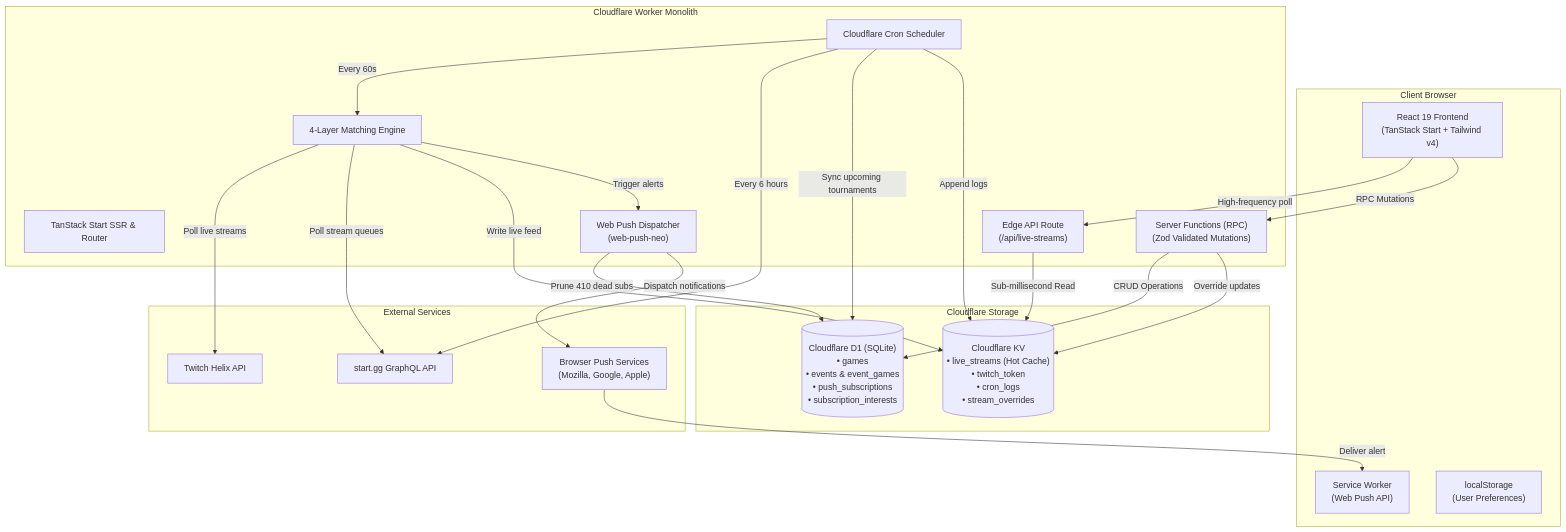
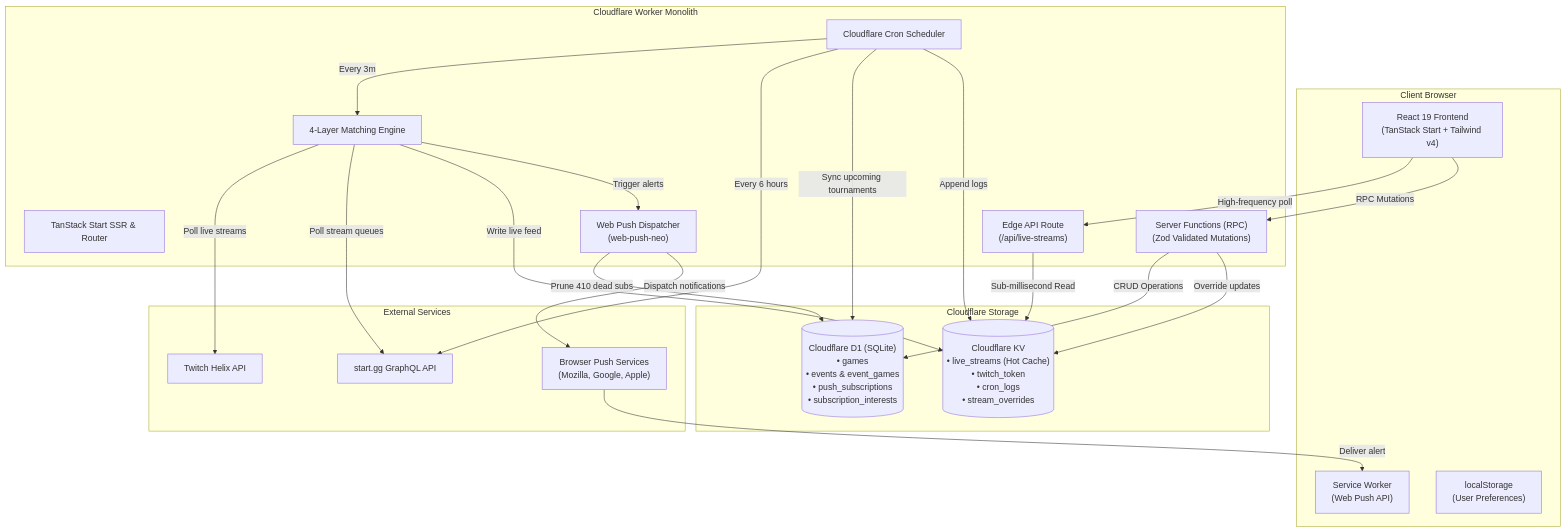
One commit to lbalbas/setplay changed the diagram in README.md. Above: the diagram before and after it, drawn with Mermaid. The commit also changed other lines of this file and 5 other files, not shown here.

````diff
--- a/README.md
+++ b/README.md
@@ -81,49 +81,49 @@
 ```mermaid
 flowchart TD
     subgraph Client ["Client Browser"]
         UI["React 19 Frontend<br/>(TanStack Start + Tailwind v4)"]
         SW["Service Worker<br/>(Web Push API)"]
         LS["localStorage<br/>(User Preferences)"]
     end
 
     subgraph Edge ["Cloudflare Worker Monolith"]
         Router["TanStack Start SSR & Router"]
         ServerFns["Server Functions (RPC)<br/>(Zod Validated Mutations)"]
         API["Edge API Route<br/>(/api/live-streams)"]
         Cron["Cloudflare Cron Scheduler"]
         Matching["4-Layer Matching Engine"]
         PushService["Web Push Dispatcher<br/>(web-push-neo)"]
     end
 
     subgraph Storage ["Cloudflare Storage"]
         KV[("Cloudflare KV<br/>• live_streams (Hot Cache)<br/>• twitch_token<br/>• cron_logs<br/>• stream_overrides")]
         D1[("Cloudflare D1 (SQLite)<br/>• games<br/>• events & event_games<br/>• push_subscriptions<br/>• subscription_interests")]
     end
 
     subgraph External ["External Services"]
         Twitch["Twitch Helix API"]
         StartGG["start.gg GraphQL API"]
         WebPushGateway["Browser Push Services<br/>(Mozilla, Google, Apple)"]
     end
 
     %% Client flows
     UI -->|"High-frequency poll"| API
     UI -->|"RPC Mutations"| ServerFns
     API -->|"Sub-millisecond Read"| KV
     ServerFns -->|"CRUD Operations"| D1
     ServerFns -->|"Override updates"| KV
 
     %% Background Cron flows
-    Cron -->|"Every 60s"| Matching
+    Cron -->|"Every 3m"| Matching
     Matching -->|"Poll live streams"| Twitch
     Matching -->|"Poll stream queues"| StartGG
     Matching -->|"Write live feed"| KV
     Matching -->|"Trigger alerts"| PushService
     PushService -->|"Prune 410 dead subs"| D1
     PushService -->|"Dispatch notifications"| WebPushGateway
     WebPushGateway -->|"Deliver alert"| SW
 
     Cron -->|"Every 6 hours"| StartGG
     Cron -->|"Sync upcoming tournaments"| D1
     Cron -->|"Append logs"| KV
 ```
````
